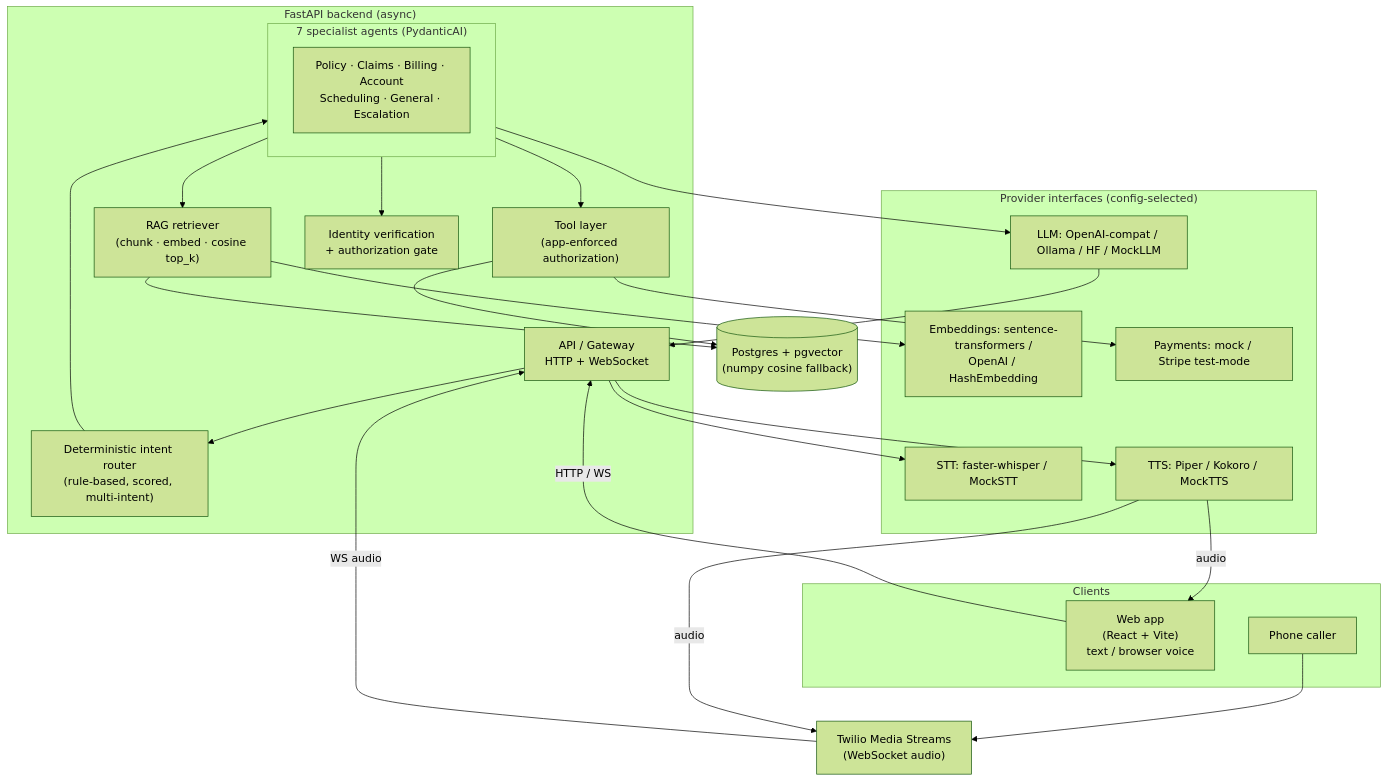
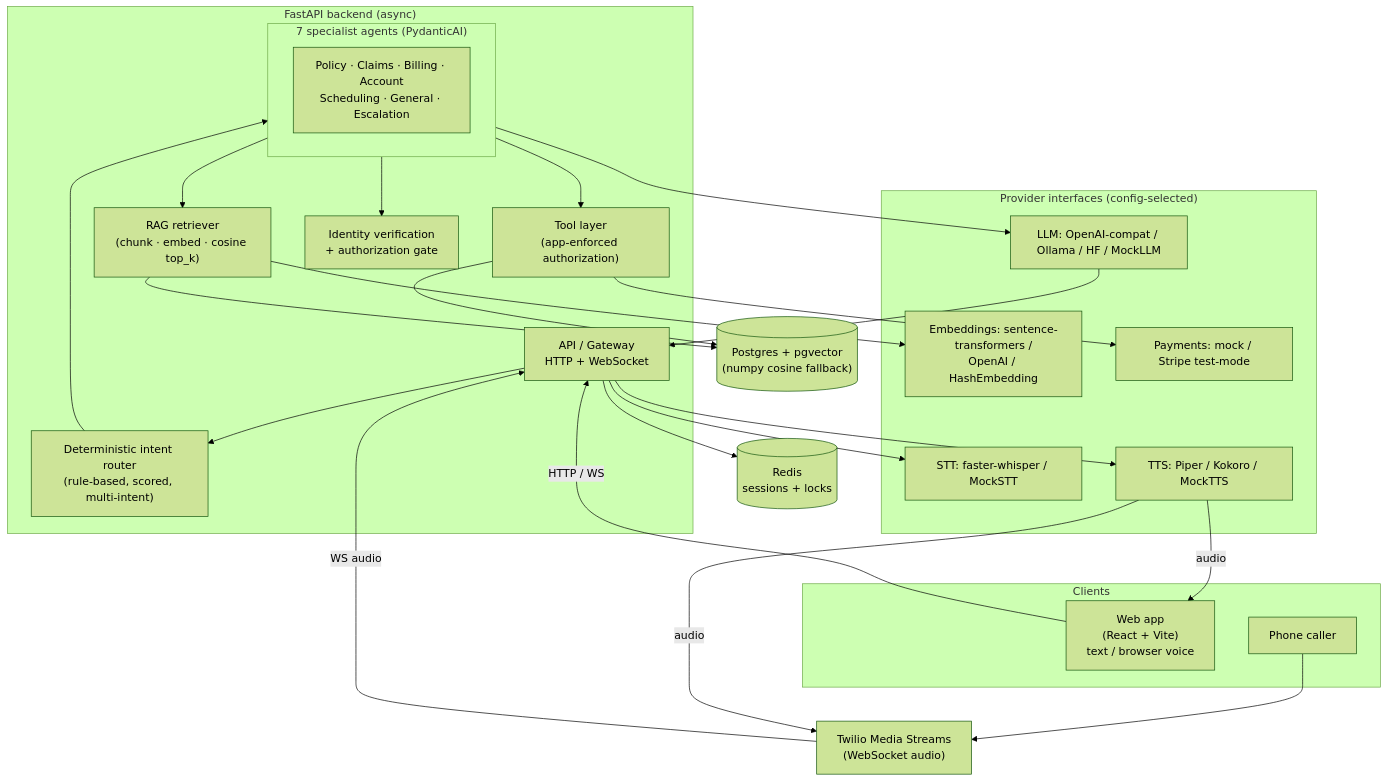
One commit to John-Jepsen/assured changed the diagram in docs/architecture.md. Above: the diagram before and after it, drawn with Mermaid (forest theme). The commit also changed other lines of this file and 16 other files, not shown here.

Commit message:
feat: persist sessions in Redis

````diff
--- a/docs/architecture.md
+++ b/docs/architecture.md
@@ -17,49 +18,51 @@
 ```mermaid
 flowchart TB
     subgraph Clients
         Web["Web app<br/>(React + Vite)<br/>text / browser voice"]
         Phone["Phone caller"]
     end
 
     Twilio["Twilio Media Streams<br/>(WebSocket audio)"]
     Phone --> Twilio
 
     subgraph Backend["FastAPI backend (async)"]
         API["API / Gateway<br/>HTTP + WebSocket"]
         Router["Deterministic intent router<br/>(rule-based, scored, multi-intent)"]
         subgraph Specialists["7 specialist agents (PydanticAI)"]
             S["Policy · Claims · Billing · Account<br/>Scheduling · General · Escalation"]
         end
         Tools["Tool layer<br/>(app-enforced authorization)"]
         RAG["RAG retriever<br/>(chunk · embed · cosine top_k)"]
         Auth["Identity verification<br/>+ authorization gate"]
     end
 
     subgraph Providers["Provider interfaces (config-selected)"]
         STT["STT: faster-whisper / MockSTT"]
         TTS["TTS: Piper / Kokoro / MockTTS"]
         LLM["LLM: OpenAI-compat / Ollama / HF / MockLLM"]
         EMB["Embeddings: sentence-transformers /<br/>OpenAI / HashEmbedding"]
         PAY["Payments: mock / Stripe test-mode"]
     end
 
     DB[("Postgres + pgvector<br/>(numpy cosine fallback)")]
+    Session[("Redis<br/>sessions + locks")]
 
     Web -->|HTTP / WS| API
+    API --> Session
     Twilio -->|WS audio| API
     API --> STT
     API --> Router
     Router --> Specialists
     Specialists --> Auth
     Specialists --> Tools
     Specialists --> RAG
     Tools --> PAY
     Tools --> DB
     RAG --> EMB
     RAG --> DB
     Specialists --> LLM
     LLM --> API
     API --> TTS
     TTS -->|audio| Web
     TTS -->|audio| Twilio
 ```
````
